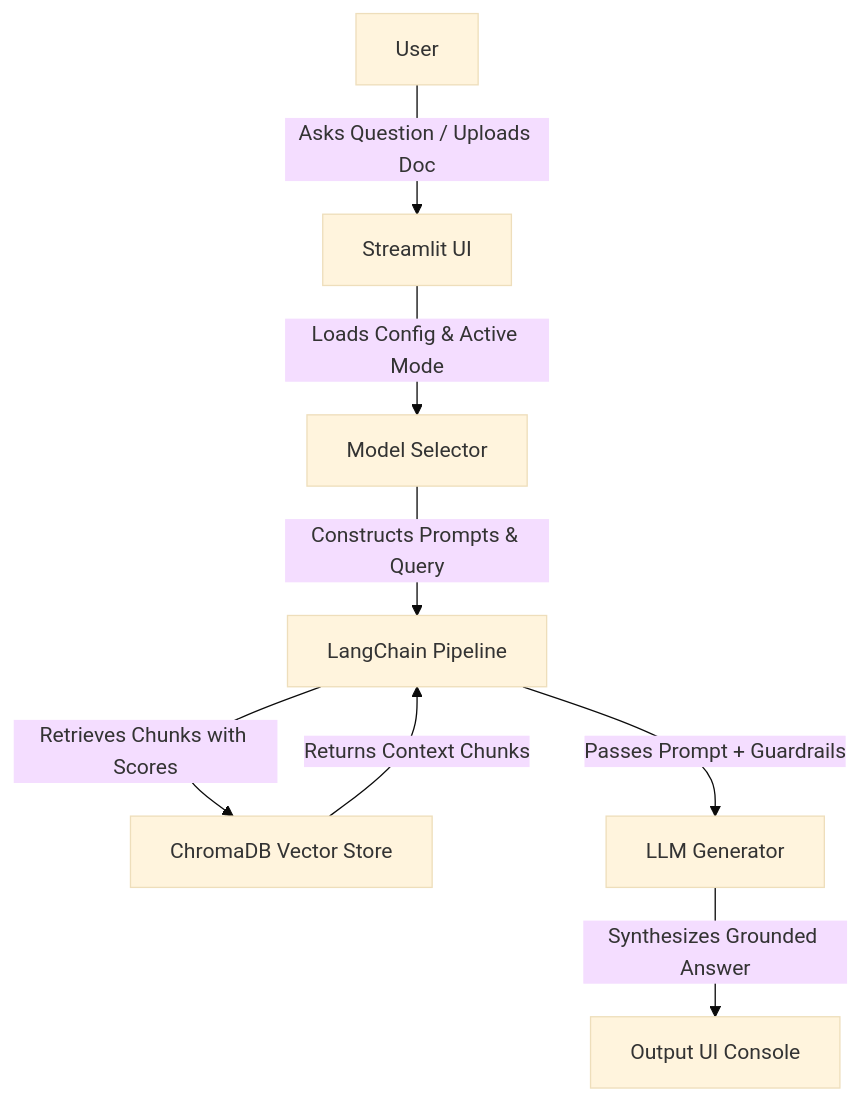
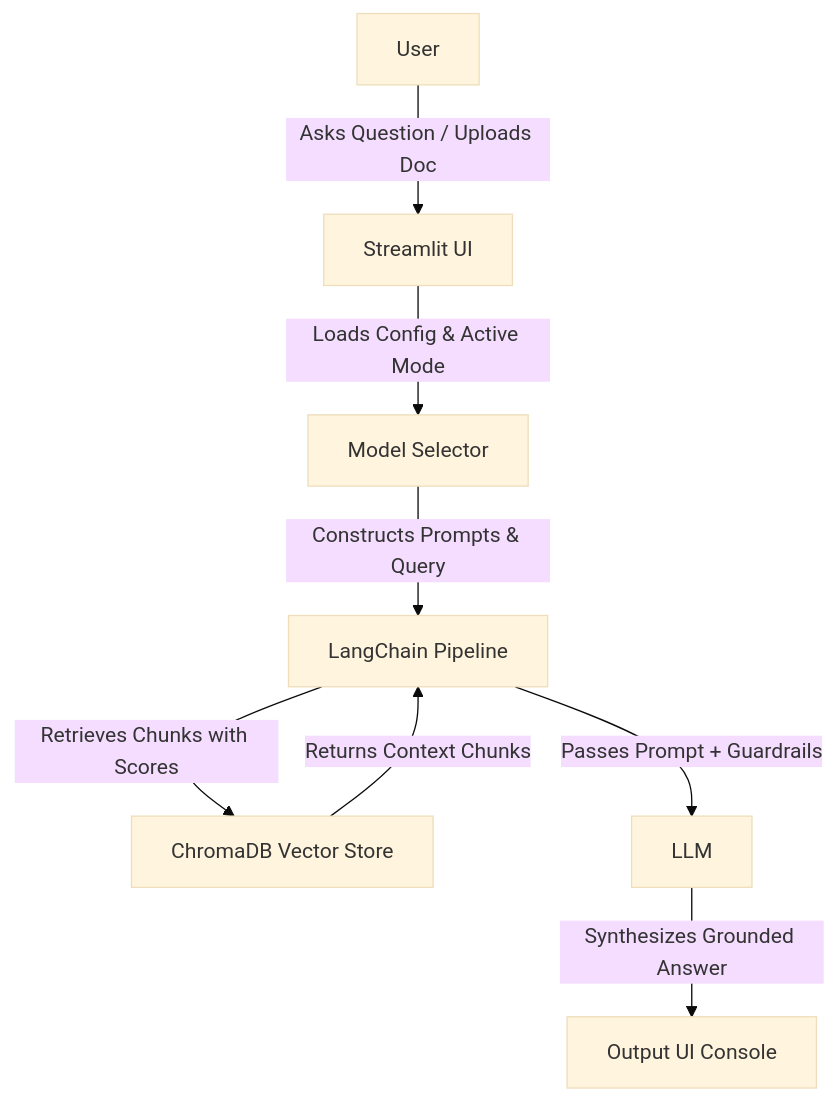
The diagram in README.md (rohitranjankumar-01/DocSensei), drawn with Mermaid (base theme) before and after one commit. The commit also changed other lines of this file, not shown here.

````diff
--- a/README.md
+++ b/README.md
@@ -11,10 +11,10 @@
 ```mermaid
 graph TD
     User[User] -->|Asks Question / Uploads Doc| UI[Streamlit UI]
     UI -->|Loads Config & Active Mode| Selector[Model Selector]
     Selector -->|Constructs Prompts & Query| LangChain[LangChain Pipeline]
     LangChain -->|Retrieves Chunks with Scores| ChromaDB[ChromaDB Vector Store]
     ChromaDB -->|Returns Context Chunks| LangChain
-    LangChain -->|Passes Prompt + Guardrails| LLM[LLM Generator]
+    LangChain -->|Passes Prompt + Guardrails| LLM[LLM]
     LLM -->|Synthesizes Grounded Answer| Output[Output UI Console]
 ```
````
